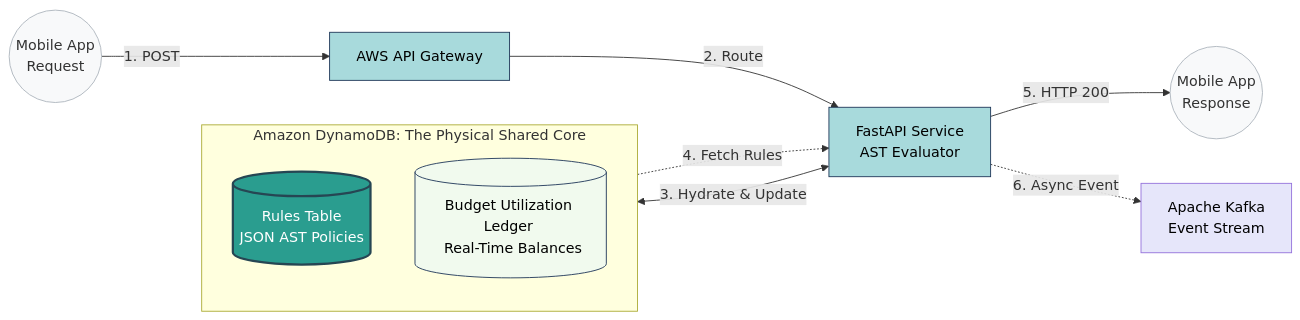
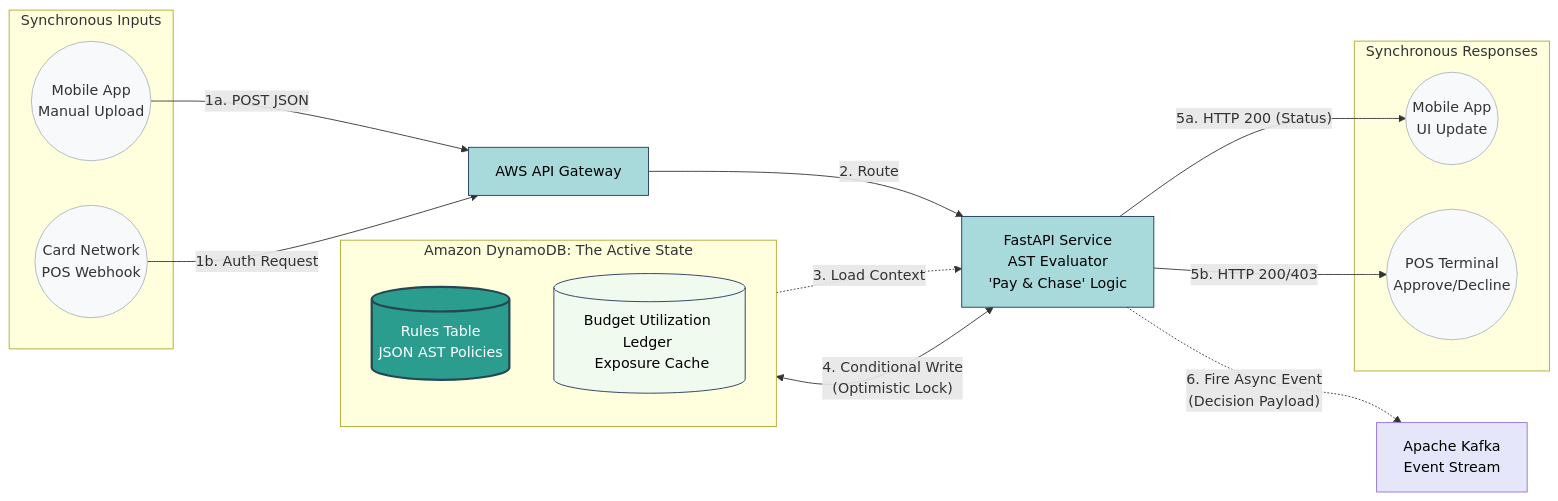
Before and after one commit to MadhavRao160/ruleEngine: the third of 4 diagrams in docs/hld/system-design-diagrams.md, drawn with Mermaid. The commit also changed other lines of this file and 2 other files, not shown here.

Commit message:
initialize repository structure and architecture blueprints

````diff
--- a/docs/hld/system-design-diagrams.md
+++ b/docs/hld/system-design-diagrams.md
@@ -131,63 +134,72 @@
 ```mermaid
 graph LR
     %% ==========================================
     %% 1. STYLE DEFINITIONS
     %% ==========================================
     classDef compute fill:#a8dadc,stroke:#1d3557,stroke-width:1px,color:#000;
     classDef database fill:#f1faee,stroke:#1d3557,stroke-width:1px,color:#000;
     classDef core fill:#2a9d8f,stroke:#264653,stroke-width:2.5px,color:#fff;
     classDef stream fill:#e6e6fa,stroke:#9370DB,stroke-width:1px,color:#000;
     classDef external fill:#f8f9fa,stroke:#adb5bd,stroke-width:1px,color:#333;
 
     %% ==========================================
     %% 2. SYMMETRICAL PIPELINE (Left to Right)
     %% ==========================================
     
-    User_In((Mobile App <br> Request))
-    class User_In external;
+    subgraph Clients_In [Synchronous Inputs]
+        Mobile_In((Mobile App <br> Manual Upload))
+        CardNet_In((Card Network <br> POS Webhook))
+    end
+    class Mobile_In,CardNet_In external;
 
     API[AWS API Gateway]
     class API compute;
 
-    FA[FastAPI Service <br> AST Evaluator]
+    FA[FastAPI Service <br> AST Evaluator <br> 'Pay & Chase' Logic]
     class FA compute;
 
-    User_Out((Mobile App <br> Response))
-    class User_Out external;
+    subgraph Clients_Out [Synchronous Responses]
+        Mobile_Out((Mobile App <br> UI Update))
+        CardNet_Out((POS Terminal <br> Approve/Decline))
+    end
+    class Mobile_Out,CardNet_Out external;
 
     %% Main Request-Response Spine
-    User_In -->|1. POST| API
+    Mobile_In -->|1a. POST JSON| API
+    CardNet_In -->|1b. Auth Request| API
     API -->|2. Route| FA
-    FA -->|5. HTTP 200| User_Out
+    
+    FA -->|"5a. HTTP 200 (Status)"| Mobile_Out
+    FA -->|5b. HTTP 200/403| CardNet_Out
 
     %% ==========================================
     %% 3. THE SHARED CORE (Vertical Axis)
     %% ==========================================
     
-    subgraph DynamoDB [Amazon DynamoDB: The Physical Shared Core]
+    subgraph DynamoDB [Amazon DynamoDB: The Active State]
         direction TB
         DSL[(Rules Table <br> JSON AST Policies)]
-        State[(Budget Utilization Ledger <br> Real-Time Balances)]
+        State[(Budget Utilization Ledger <br> Exposure Cache)]
     end
     class State database;
     class DSL core;
 
     %% Database Interactions (Hanging vertically off FastAPI)
-    DSL -.->|4. Fetch Rules| FA
-    FA <-->|3. Hydrate & Update| State
+    DSL -.->|3. Load Context| FA
+    FA <-->|"4. Conditional Write <br> (Optimistic Lock)"| State
 
     %% ==========================================
     %% 4. ASYNC OUTPUT (Off-axis)
     %% ==========================================
     
     Kafka[Apache Kafka <br> Event Stream]
     class Kafka stream;
 
-    FA -.->|6. Async Event| Kafka
+    FA -.->|"6. Fire Async Event <br> (Decision Payload)"| Kafka
 
     %% ==========================================
     %% 5. LAYOUT TWEAKS (Invisible Symmetry)
     %% ==========================================
     %% Force Kafka to stay to the right of the DB block
     DynamoDB ~~~ Kafka
 ```
````
